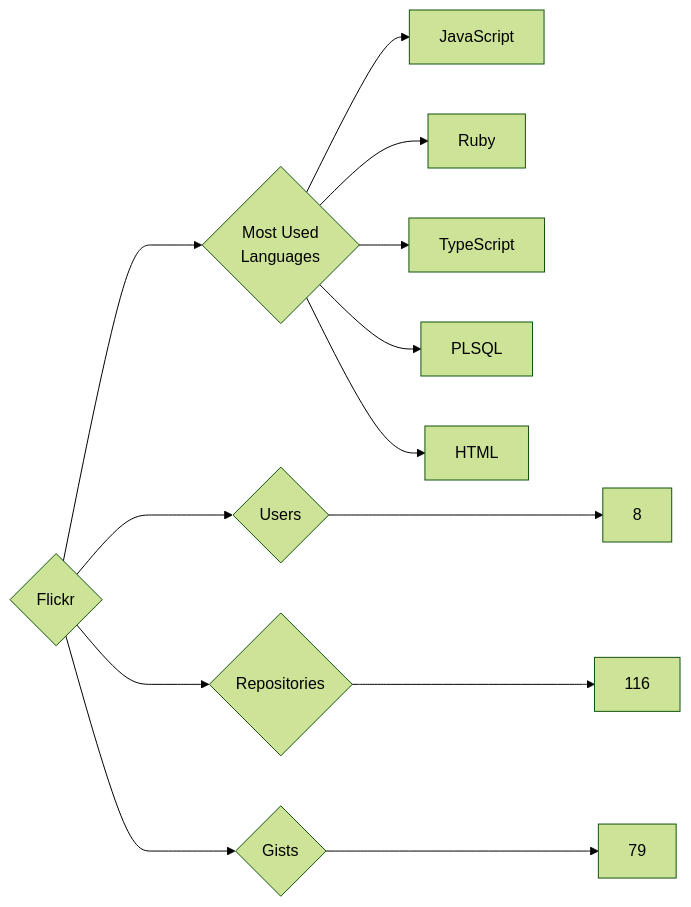
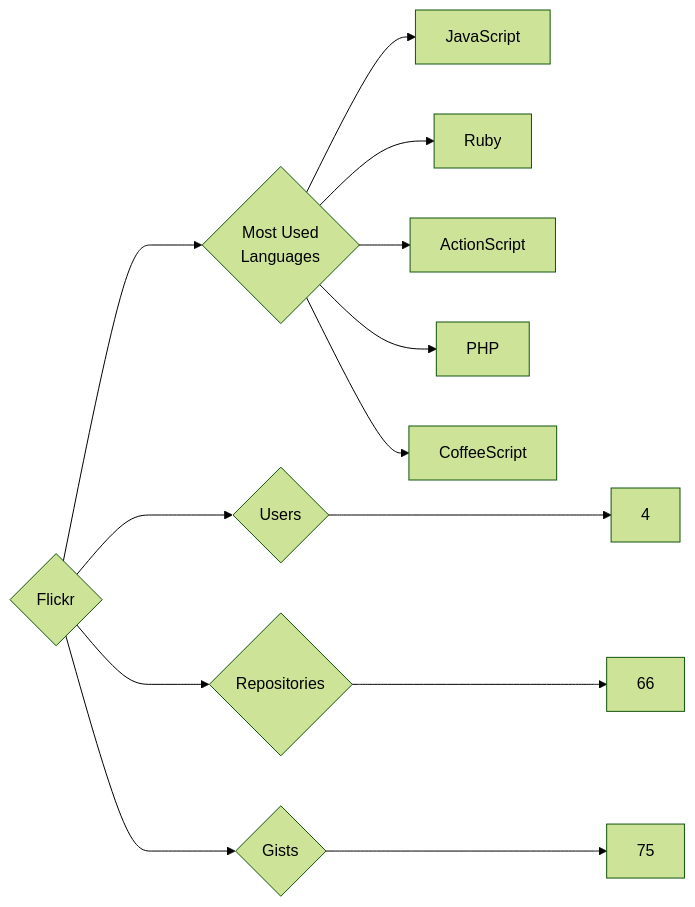
The diagram in targets/Flickr/README.md (trickest/insiders), drawn with Mermaid (forest theme) before and after one commit. The commit also changed 823 other files, not shown here.

````diff
--- a/targets/Flickr/README.md
+++ b/targets/Flickr/README.md
@@ -3,13 +3,13 @@
 ```mermaid
 graph LR
 COMPANY_NAME{Flickr}
-COMPANY_NAME ---> U{Users} ---> UN[8]
-COMPANY_NAME ---> R{Repositories} ---> RN[116]
-COMPANY_NAME ---> G{Gists} ---> GN[79]
+COMPANY_NAME ---> U{Users} ---> UN[4]
+COMPANY_NAME ---> R{Repositories} ---> RN[66]
+COMPANY_NAME ---> G{Gists} ---> GN[75]
 COMPANY_NAME ---> ML{Most Used<br>Languages}
 ML --> JavaScript[JavaScript]
 ML --> Ruby[Ruby]
-ML --> TypeScript[TypeScript]
-ML --> PLSQL[PLSQL]
-ML --> HTML[HTML]
+ML --> ActionScript[ActionScript]
+ML --> PHP[PHP]
+ML --> CoffeeScript[CoffeeScript]
 ```
````
